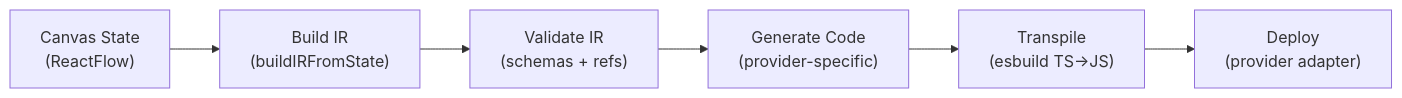
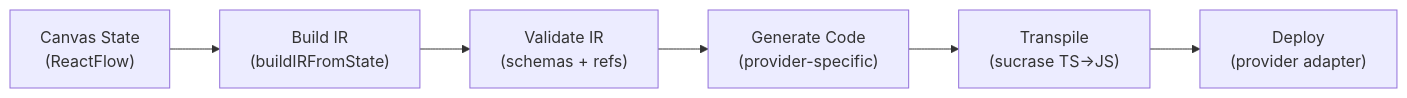
The first of 3 diagrams in docs/compilation.md (awaitstep/awaitstep), drawn with Mermaid before and after one commit. The commit also changed other lines of this file and 6 other files, not shown here.

````diff
--- a/docs/compilation.md
+++ b/docs/compilation.md
@@ -7,8 +7,8 @@
 ```mermaid
 graph LR
     Canvas["Canvas State\n(ReactFlow)"] --> BuildIR["Build IR\n(buildIRFromState)"]
     BuildIR --> Validate["Validate IR\n(schemas + refs)"]
     Validate --> Generate["Generate Code\n(provider-specific)"]
-    Generate --> Transpile["Transpile\n(esbuild TS→JS)"]
+    Generate --> Transpile["Transpile\n(sucrase TS→JS)"]
     Transpile --> Deploy["Deploy\n(provider adapter)"]
 ```
````
